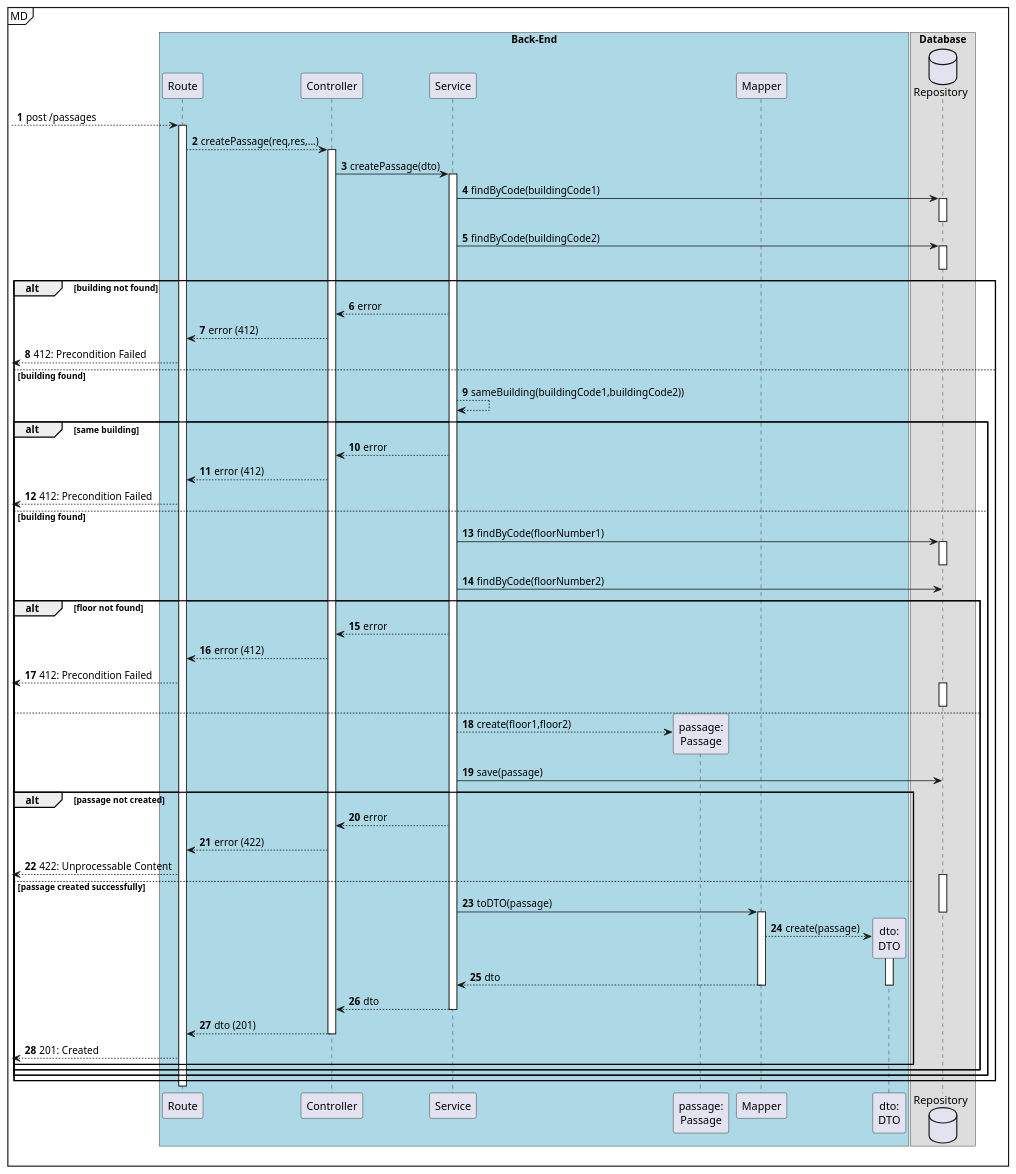
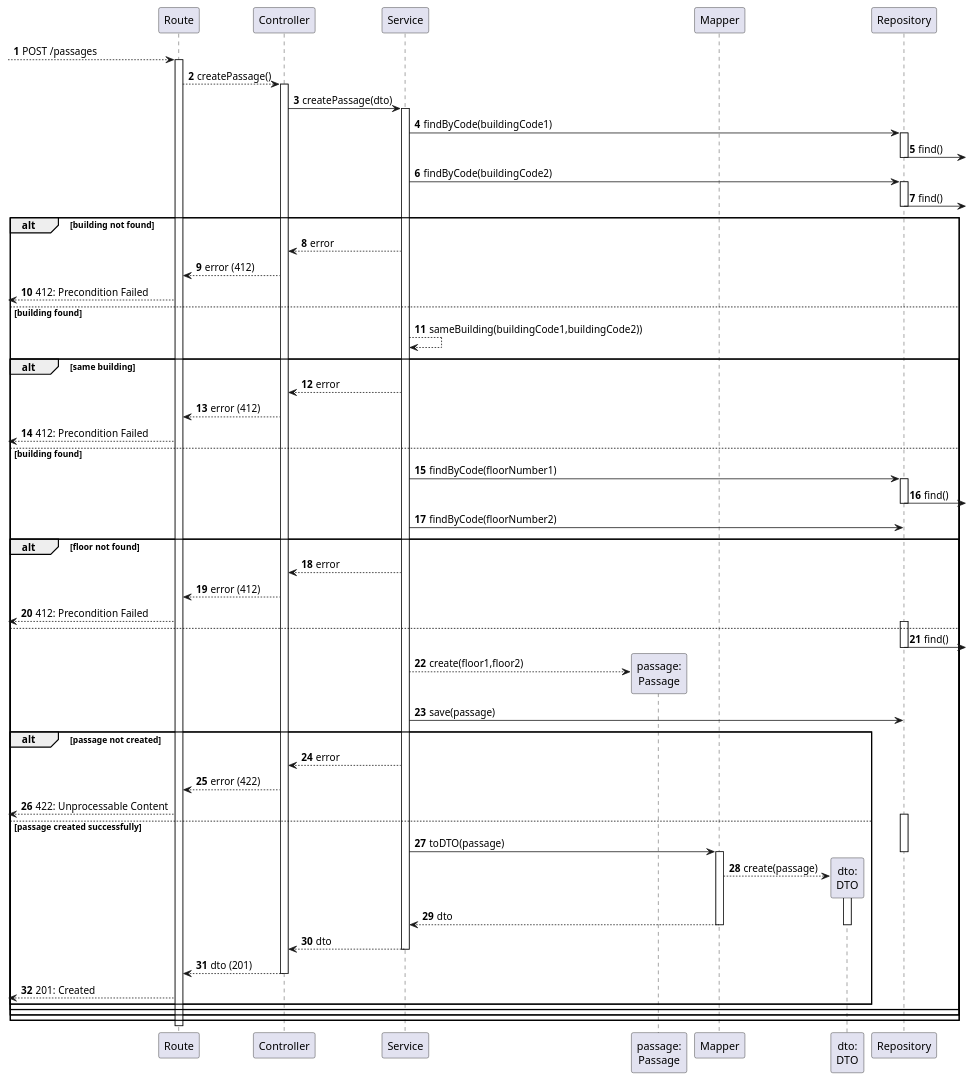
The diagram in docs/us240/level3/process-view.puml (Departamento-de-Engenharia-Informatica/lapr5-23-24-g19), drawn with PlantUML before and after one commit. The commit also changed 5 other files, not shown here.

```diff
--- a/docs/us240/level3/process-view.puml
+++ b/docs/us240/level3/process-view.puml
@@ -1,85 +1,90 @@
 @startuml
 autonumber
 
-mainframe MD
-box "Back-End" #LightBlue
 participant "Route" as r
 participant "Controller" as ctrl
 participant "Service" as svc
 
 participant "passage:\nPassage" as passage
 participant "Mapper" as map
 participant "dto:\nDTO" as dto
-end box
+participant "Repository" as repo
 
-box "Database"
-database "Repository" as repo
-end box
+' TODO: @uz0maki review?
 
-[--> r: post /passages
-    activate r
-        r ---> ctrl : createPassage(req,res,...)
-        activate ctrl
-            ctrl -> svc : createPassage(dto)
-            activate svc
-                svc -> repo : findByCode(buildingCode1)
+[--> r : POST /passages
+activate r
+    r ---> ctrl : createPassage()
+    activate ctrl
+
+        ctrl -> svc : createPassage(dto)
+        activate svc
+
+            svc -> repo : findByCode(buildingCode1)
+
+            activate repo
+                repo ->] : find()
+            deactivate repo
+
+            svc -> repo : findByCode(buildingCode2)
+            activate repo
+                repo ->] : find()
+            deactivate repo
+
+            alt building not found
+                svc --> ctrl : error
+                ctrl --> r : error (412)
+                [<-- r : 412: Precondition Failed
+            else building found
+                svc --> svc : sameBuilding(buildingCode1,buildingCode2))
+            alt same building
+                svc --> ctrl : error
+                ctrl --> r : error (412)
+                [<--r : 412: Precondition Failed
+            else building found
+            svc -> repo : findByCode(floorNumber1)
+            activate repo
+                repo ->] : find()
+            deactivate repo
+            svc -> repo : findByCode(floorNumber2)
+            alt floor not found
+            svc --> ctrl : error
+                ctrl --> r : error (412)
+                [<--r : 412: Precondition Failed
+            else
+            activate repo
+                repo ->] : find()
+            deactivate repo
+                    svc --> passage** : create(floor1,floor2)
+
+                svc -> repo : save(passage)
+            alt passage not created
+                svc --> ctrl : error
+                ctrl --> r : error (422)
+                [<--r: 422: Unprocessable Content
+
+            else passage created successfully
+
                 activate repo
+                    svc -> map : toDTO(passage)
                 deactivate repo
-                svc -> repo : findByCode(buildingCode2)
-                activate repo
-                deactivate repo
-                alt building not found
-                    svc --> ctrl : error
-                    ctrl --> r : error (412)
-                    [<--r : 412: Precondition Failed
-                else building found
-                    svc --> svc : sameBuilding(buildingCode1,buildingCode2))
-                alt same building
-                    svc --> ctrl : error
-                    ctrl --> r : error (412)
-                    [<--r : 412: Precondition Failed
-                else building found
-                svc -> repo : findByCode(floorNumber1)
-                activate repo
-                deactivate repo
-                svc -> repo : findByCode(floorNumber2)
-                alt floor not found
-                svc --> ctrl : error
-                    ctrl --> r : error (412)
-                    [<--r : 412: Precondition Failed
-                else
-                activate repo
-                deactivate repo
-                        svc --> passage** : create(floor1,floor2)
 
-                    svc -> repo : save(passage)
-                alt passage not created
-                    svc --> ctrl : error
-                    ctrl --> r : error (422)
-                    [<--r: 422: Unprocessable Content
+                activate map
+                    map --> dto** : create(passage)
+                    activate dto
+                        map --> svc : dto
+                    deactivate dto
+                deactivate map
 
-                else passage created successfully
-
-                    activate repo
-                        svc -> map : toDTO(passage)
-                    deactivate repo
-
-                    activate map
-                        map --> dto** : create(passage)
-                        activate dto
-                            map --> svc : dto
-                        deactivate dto
-                    deactivate map
-
-                    svc --> ctrl : dto
-                    deactivate svc
-                    ctrl --> r : dto (201)
-                    deactivate ctrl
-                    [<--r : 201: Created
-                end
-                end
-                end
-                end
-    deactivate r
+                svc --> ctrl : dto
+                deactivate svc
+                ctrl --> r : dto (201)
+                deactivate ctrl
+                [<--r : 201: Created
+            end
+            end
+            end
+            end
+deactivate r
 
 @enduml
```
